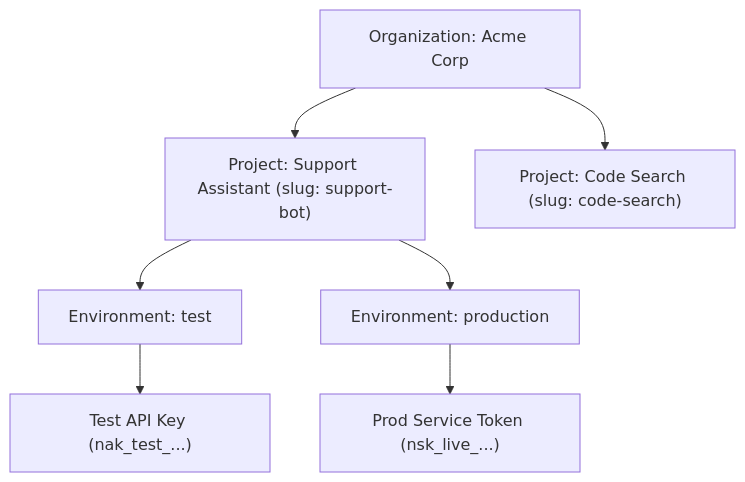
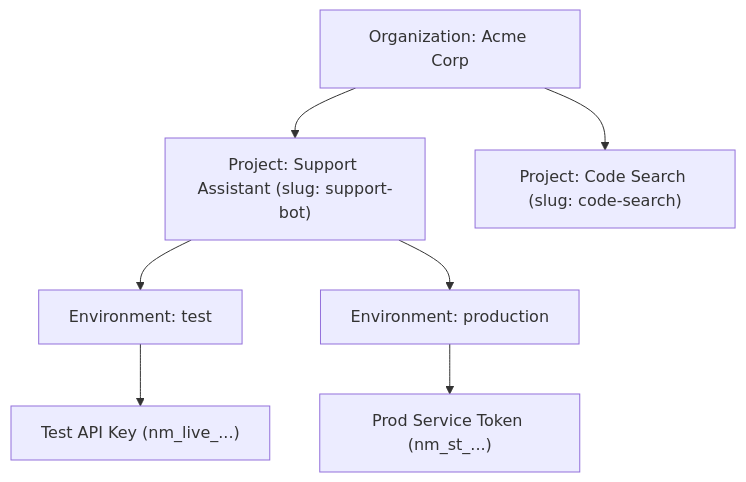
One commit to bhakha-services/naagmani-docs changed the diagram in docs/developer-portal/projects/projects.md. Above: the diagram before and after it, drawn with Mermaid. The commit also changed other lines of this file and 130 other files, not shown here.

````diff
--- a/docs/developer-portal/projects/projects.md
+++ b/docs/developer-portal/projects/projects.md
@@ -17,12 +17,12 @@
 ```mermaid
 graph TD
     Org["Organization: Acme Corp"]
     Org --> P1["Project: Support Assistant (slug: support-bot)"]
     Org --> P2["Project: Code Search (slug: code-search)"]
 
     P1 --> E1["Environment: test"]
     P1 --> E2["Environment: production"]
 
-    E1 --> K1["Test API Key (nak_test_...)"]
-    E2 --> K2["Prod Service Token (nsk_live_...)"]
+    E1 --> K1["Test API Key (nm_live_...)"]
+    E2 --> K2["Prod Service Token (nm_st_...)"]
 ```
````
